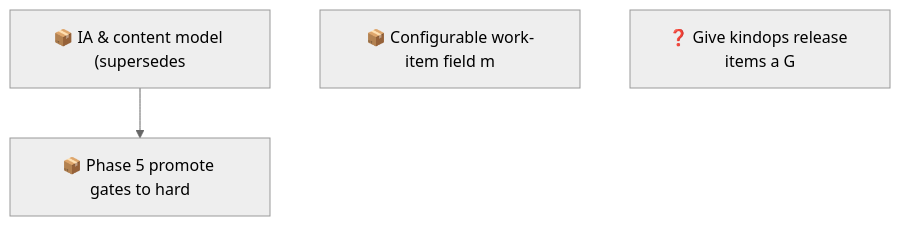
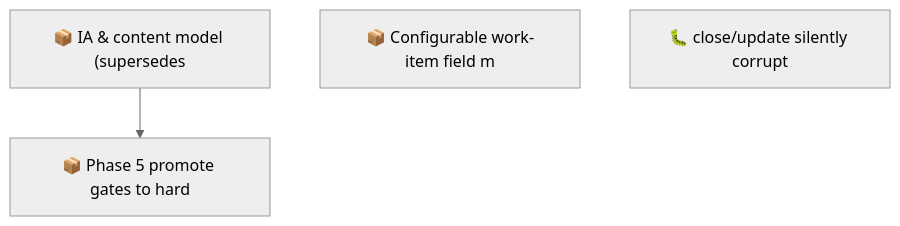
The second of 2 diagrams in docs/roadmap.md (SpillwaveSolutions/wiki_ticket_sdd), drawn with Mermaid (neutral theme) before and after one commit. The commit also changed other lines of this file and 2 other files, not shown here.

First line of the commit message:
chore(worklog): resolve release-item ticket-sync question; file close/update prefix bug

````diff
--- a/docs/roadmap.md
+++ b/docs/roadmap.md
@@ -63,8 +66,8 @@
 ```mermaid
 graph TD
     01KY5G9ZW0H2YMNWDFJYGRPYE5["📦 IA & content model (supersedes"]
     01KY5G9ZW0RABXWHEMEP1FAV2G["📦 Phase 5 promote gates to hard"]
     01KY5NE0ZYGBWG44N0KPEBFCZ8["📦 Configurable work-item field m"]
-    01KYA8MDY5HP9MC5KQMJX3BN84["❓ Give kindops release items a G"]
+    01KYA99TVCGX79HFNHN1DVT7Y6["🐛 close/update silently corrupt"]
     01KY5G9ZW0H2YMNWDFJYGRPYE5 --> 01KY5G9ZW0RABXWHEMEP1FAV2G
 ```
````
